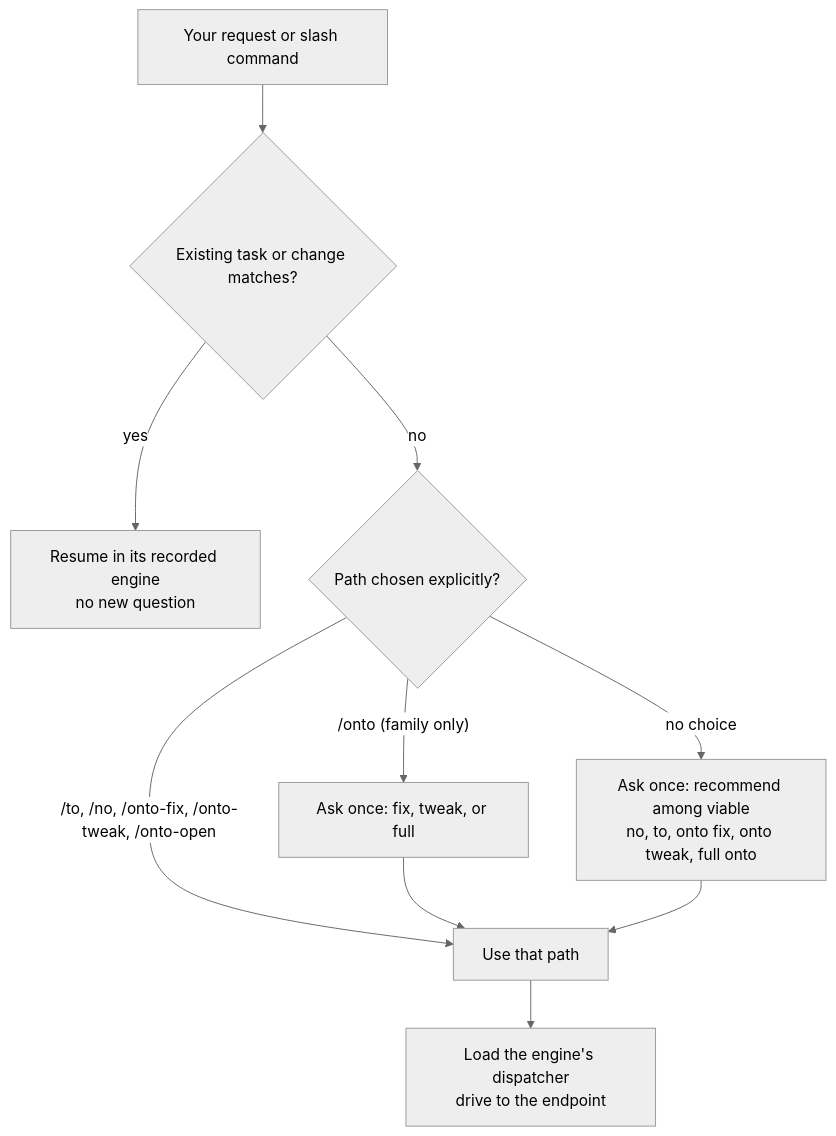
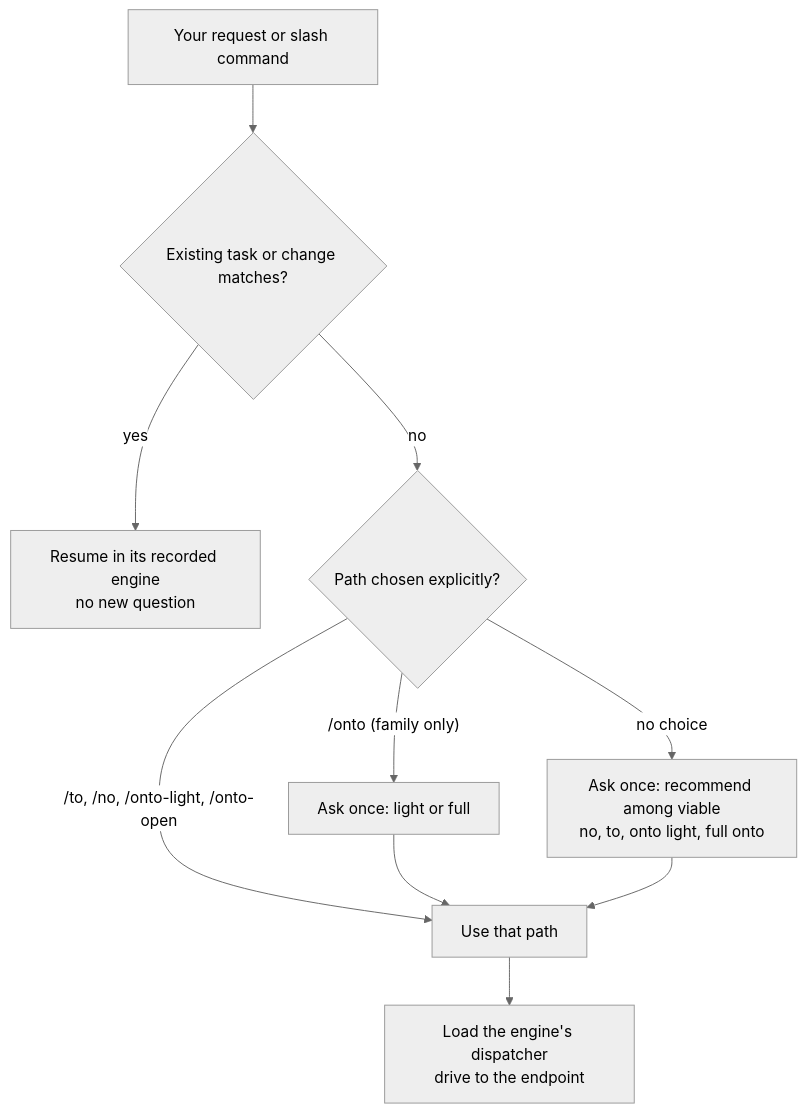
The diagram in docs/guides/workflows.md (Novirmor/homonto), drawn with Mermaid (neutral theme) before and after one commit. The commit also changed other lines of this file and 79 other files, not shown here.

First line of the commit message:
feat(onto)!: merge fix and tweak into the light preset

````diff
--- a/docs/guides/workflows.md
+++ b/docs/guides/workflows.md
@@ -27,12 +27,12 @@
 ```mermaid
 flowchart TD
     A[Your request or slash command] --> B{Existing task or change matches?}
     B -- yes --> R[Resume in its recorded engine<br/>no new question]
     B -- no --> C{Path chosen explicitly?}
-    C -- "/to, /no, /onto-fix, /onto-tweak, /onto-open" --> E[Use that path]
-    C -- "/onto (family only)" --> F[Ask once: fix, tweak, or full]
-    C -- "no choice" --> G[Ask once: recommend among viable<br/>no, to, onto fix, onto tweak, full onto]
+    C -- "/to, /no, /onto-light, /onto-open" --> E[Use that path]
+    C -- "/onto (family only)" --> F[Ask once: light or full]
+    C -- "no choice" --> G[Ask once: recommend among viable<br/>no, to, onto light, full onto]
     F --> E
     G --> E
     E --> H[Load the engine's dispatcher<br/>drive to the endpoint]
 ```
````
